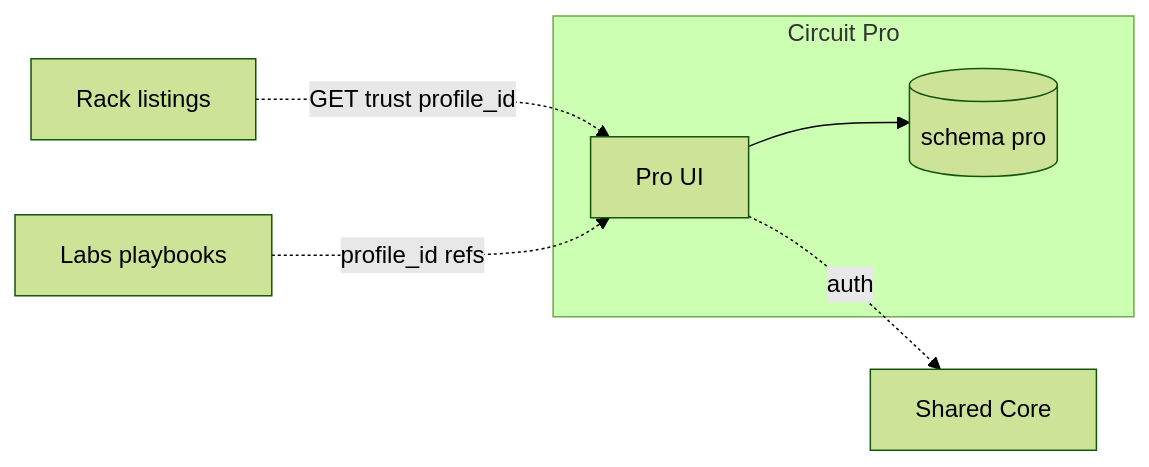
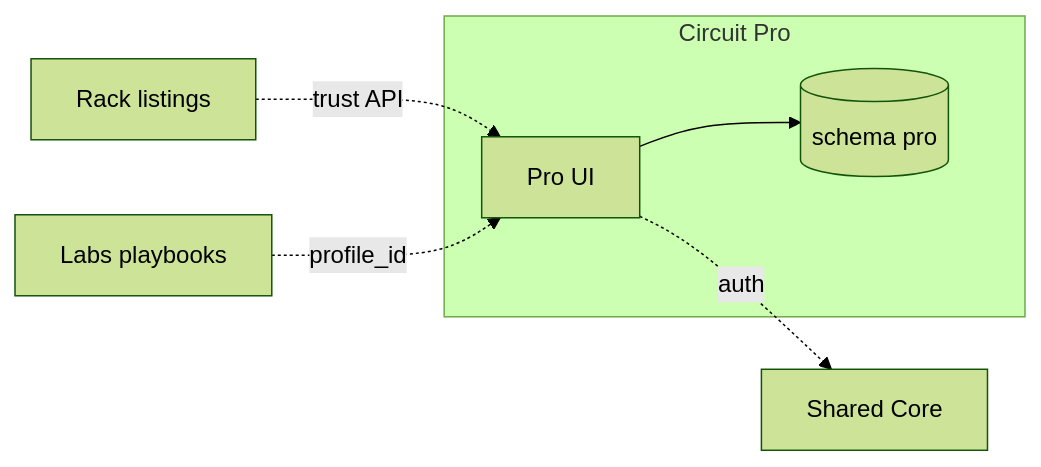
One commit to Mohabaziz2020/benben changed the diagram in 02_PLATFORMS/pro/README.md. Above: the diagram before and after it, drawn with Mermaid (forest theme). The commit also changed other lines of this file and 5 other files, not shown here.

````diff
--- a/02_PLATFORMS/pro/README.md
+++ b/02_PLATFORMS/pro/README.md
@@ -161,14 +106,14 @@
 ```mermaid
 flowchart LR
   subgraph pro_island [Circuit Pro]
     PUI[Pro UI]
     PDB[(schema pro)]
   end
   Rack[Rack listings]
   Labs[Labs playbooks]
   Core[Shared Core]
   PUI --> PDB
-  Rack -.->|GET trust profile_id| PUI
-  Labs -.->|profile_id refs| PUI
+  Rack -.->|trust API| PUI
+  Labs -.->|profile_id| PUI
   PUI -.->|auth| Core
 ```
````
